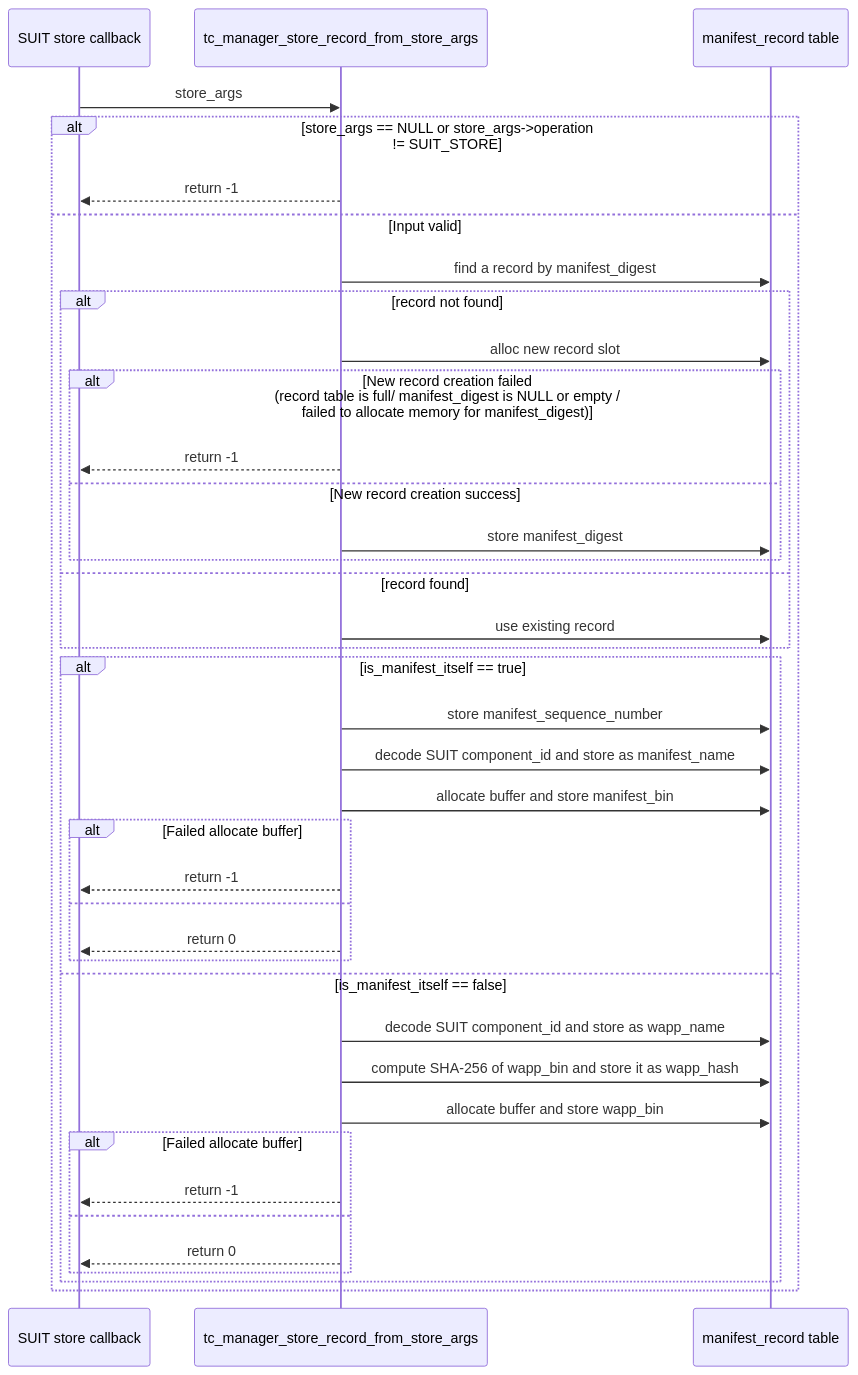
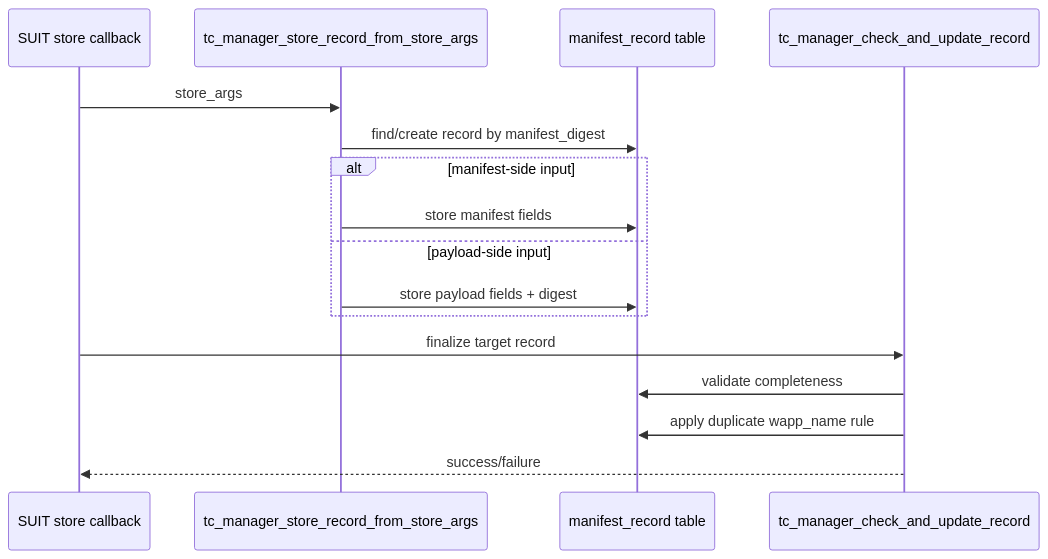
One commit to yuma-nishi/taws changed the diagram in doc/tc-manager.md. Above: the diagram before and after it, drawn with Mermaid. The commit also changed other lines of this file and 18 other files, not shown here.

````diff
--- a/doc/tc-manager.md
+++ b/doc/tc-manager.md
@@ -169,43 +29,20 @@
 ```mermaid
 sequenceDiagram
     participant SUIT as SUIT store callback
     participant TCM as tc_manager_store_record_from_store_args
     participant TABLE as manifest_record table
+    participant FIN as tc_manager_check_and_update_record
 
     SUIT->>TCM: store_args
-    alt store_args == NULL or store_args->operation != SUIT_STORE
-        TCM-->>SUIT: return -1
-    else Input valid
-        TCM->>TABLE: find a record by manifest_digest
-        alt record not found
-            TCM->>TABLE: alloc new record slot
-            alt New record creation failed <br/>(record table is full/ manifest_digest is NULL or empty /<br/> failed to allocate memory for manifest_digest)
-                TCM-->>SUIT: return -1
-            else New record creation success
-                TCM->>TABLE: store manifest_digest
-            end
-        else record found
-            TCM->>TABLE: use existing record
-        end
+    TCM->>TABLE: find/create record by manifest_digest
+    alt manifest-side input
+        TCM->>TABLE: store manifest fields
+    else payload-side input
+        TCM->>TABLE: store payload fields + digest
+    end
 
-        alt is_manifest_itself == true
-            TCM->>TABLE: store manifest_sequence_number
-            TCM->>TABLE: decode SUIT component_id and store as manifest_name
-            TCM->>TABLE: allocate buffer and store manifest_bin
-            alt Failed allocate buffer
-                TCM-->>SUIT: return -1
-            else
-                TCM-->>SUIT: return 0
-            end
-        else is_manifest_itself == false
-            TCM->>TABLE: decode SUIT component_id and store as wapp_name
-            TCM->>TABLE: compute SHA-256 of wapp_bin and store it as wapp_hash
-            TCM->>TABLE: allocate buffer and store wapp_bin
-            alt Failed allocate buffer
-                TCM-->>SUIT: return -1
-            else
-                TCM-->>SUIT: return 0
-            end
-        end
-    end
+    SUIT->>FIN: finalize target record
+    FIN->>TABLE: validate completeness
+    FIN->>TABLE: apply duplicate wapp_name rule
+    FIN-->>SUIT: success/failure
 ```
````
